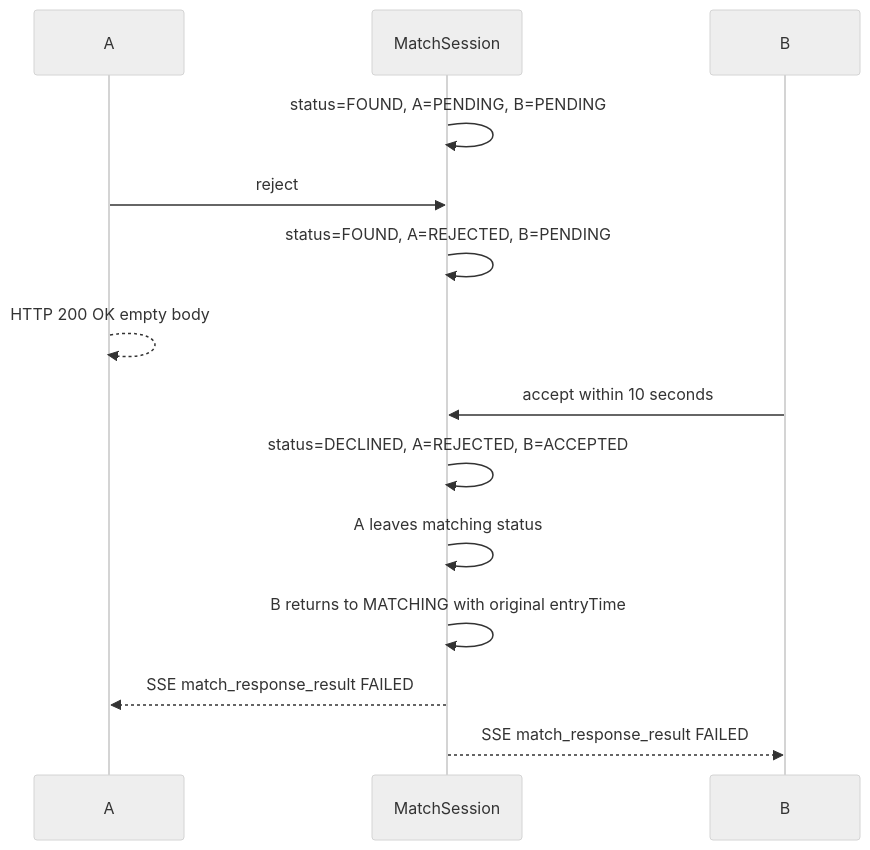
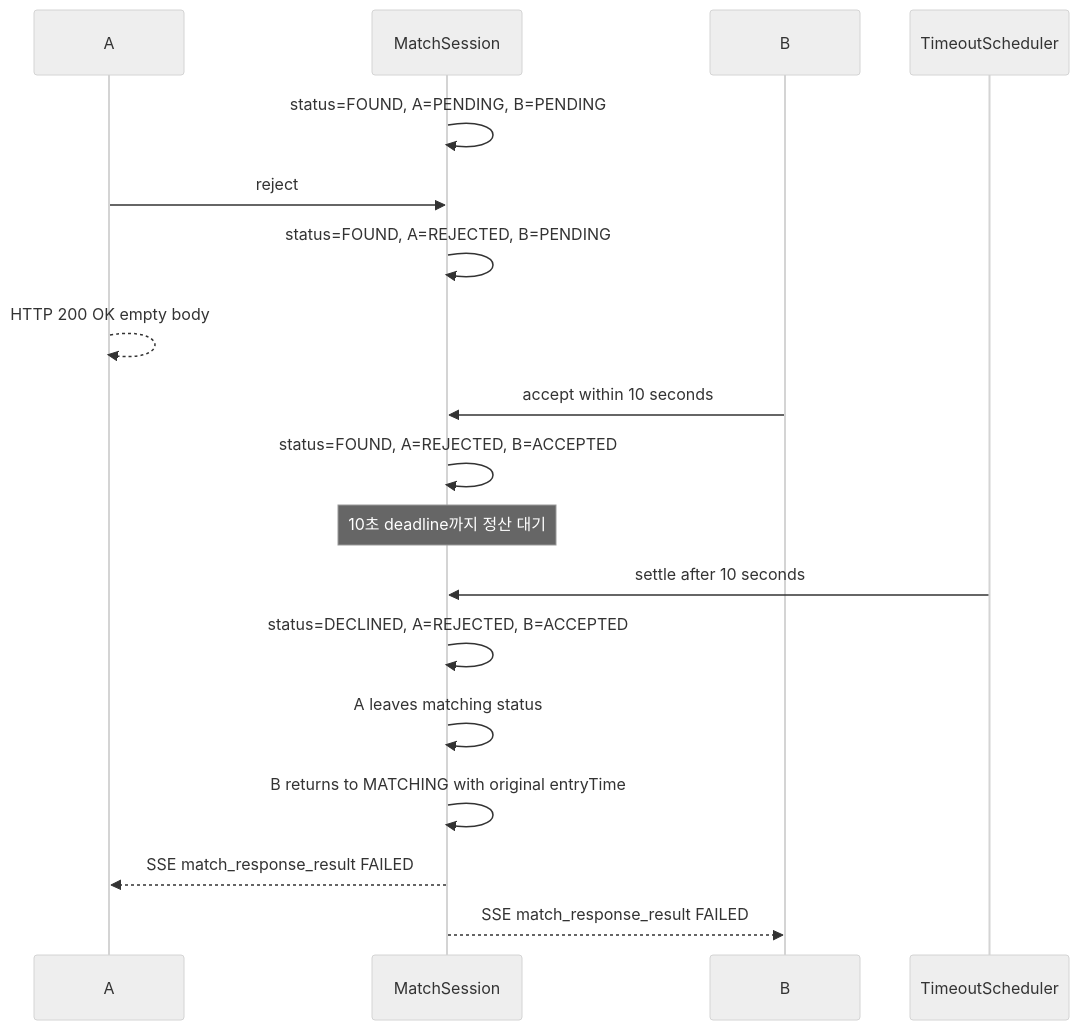
Before and after one commit to moonwhistle/League-of-Star: the fifth of 11 diagrams in docs/project/domain status.md, drawn with Mermaid (neutral theme). The commit also changed other lines of this file and 161 other files, not shown here.

````diff
--- a/docs/project/domain status.md
+++ b/docs/project/domain status.md
@@ -109,17 +114,21 @@
 ```mermaid
 sequenceDiagram
     participant A
     participant S as MatchSession
     participant B
+    participant T as TimeoutScheduler
 
     S->>S: status=FOUND, A=PENDING, B=PENDING
     A->>S: reject
     S->>S: status=FOUND, A=REJECTED, B=PENDING
     A-->>A: HTTP 200 OK empty body
     B->>S: accept within 10 seconds
+    S->>S: status=FOUND, A=REJECTED, B=ACCEPTED
+    Note over S: 10초 deadline까지 정산 대기
+    T->>S: settle after 10 seconds
     S->>S: status=DECLINED, A=REJECTED, B=ACCEPTED
     S->>S: A leaves matching status
     S->>S: B returns to MATCHING with original entryTime
     S-->>A: SSE match_response_result FAILED
     S-->>B: SSE match_response_result FAILED
 ```
````
